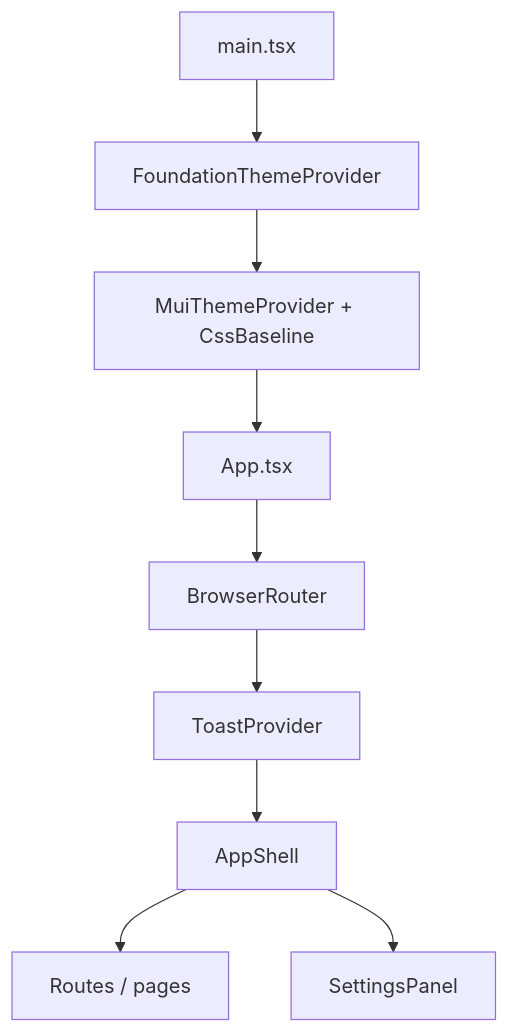
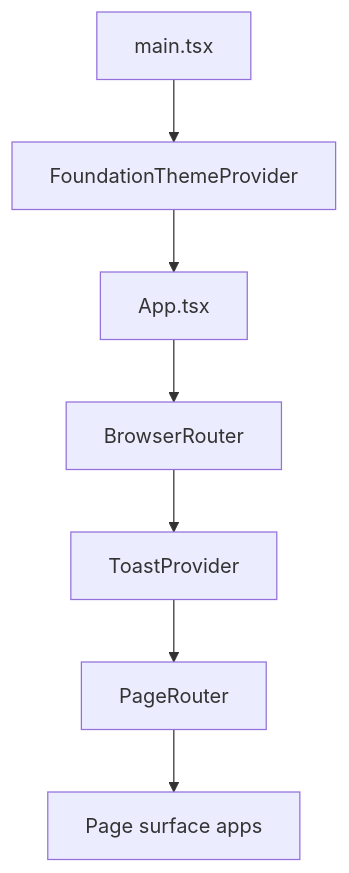
Before and after one commit to design-mipl/glts: the first of 7 diagrams in docs/DEVELOPER_ONBOARDING.md, drawn with Mermaid. The commit also changed other lines of this file and 344 other files, not shown here.

````diff
--- a/docs/DEVELOPER_ONBOARDING.md
+++ b/docs/DEVELOPER_ONBOARDING.md
@@ -37,21 +38,17 @@
 ```mermaid
 flowchart TB
   main[main.tsx]
-  ftp[FoundationThemeProvider]
-  mui[MuiThemeProvider + CssBaseline]
+  theme[FoundationThemeProvider]
   app[App.tsx]
   router[BrowserRouter]
   toast[ToastProvider]
-  shell[AppShell]
-  routes[Routes / pages]
-  settings[SettingsPanel]
+  portalRouter[PageRouter]
+  portals[Page surface apps]
 
-  main --> ftp
-  ftp --> mui
-  mui --> app
+  main --> theme
+  theme --> app
   app --> router
   router --> toast
-  toast --> shell
-  shell --> routes
-  shell --> settings
+  toast --> portalRouter
+  portalRouter --> portals
 ```
````
